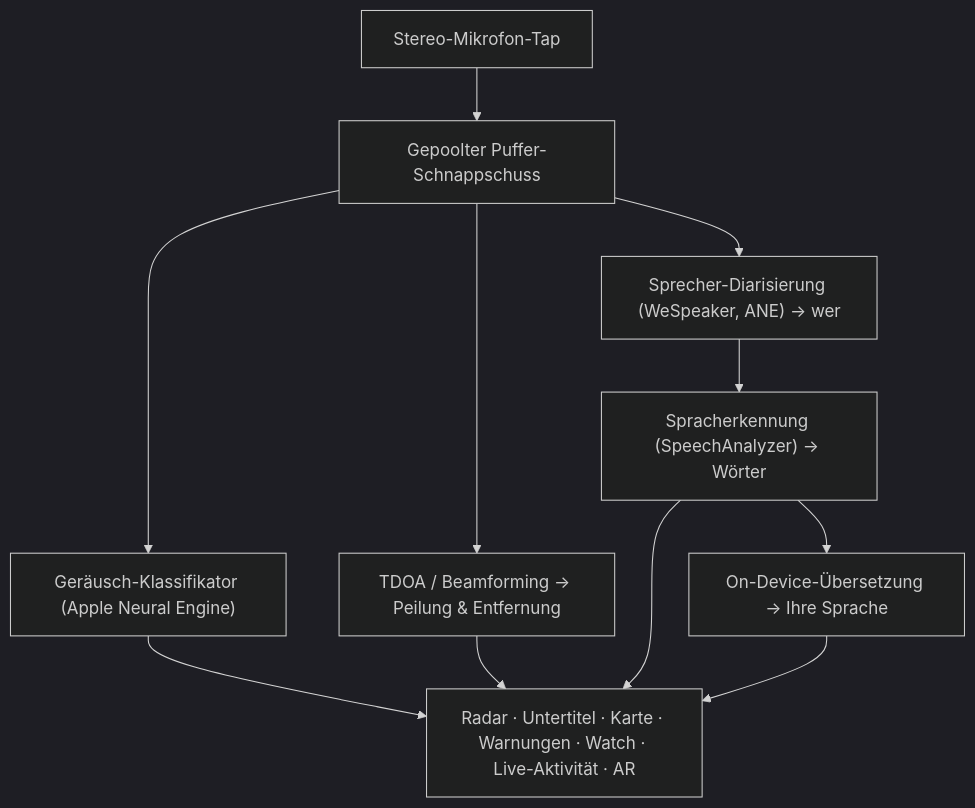
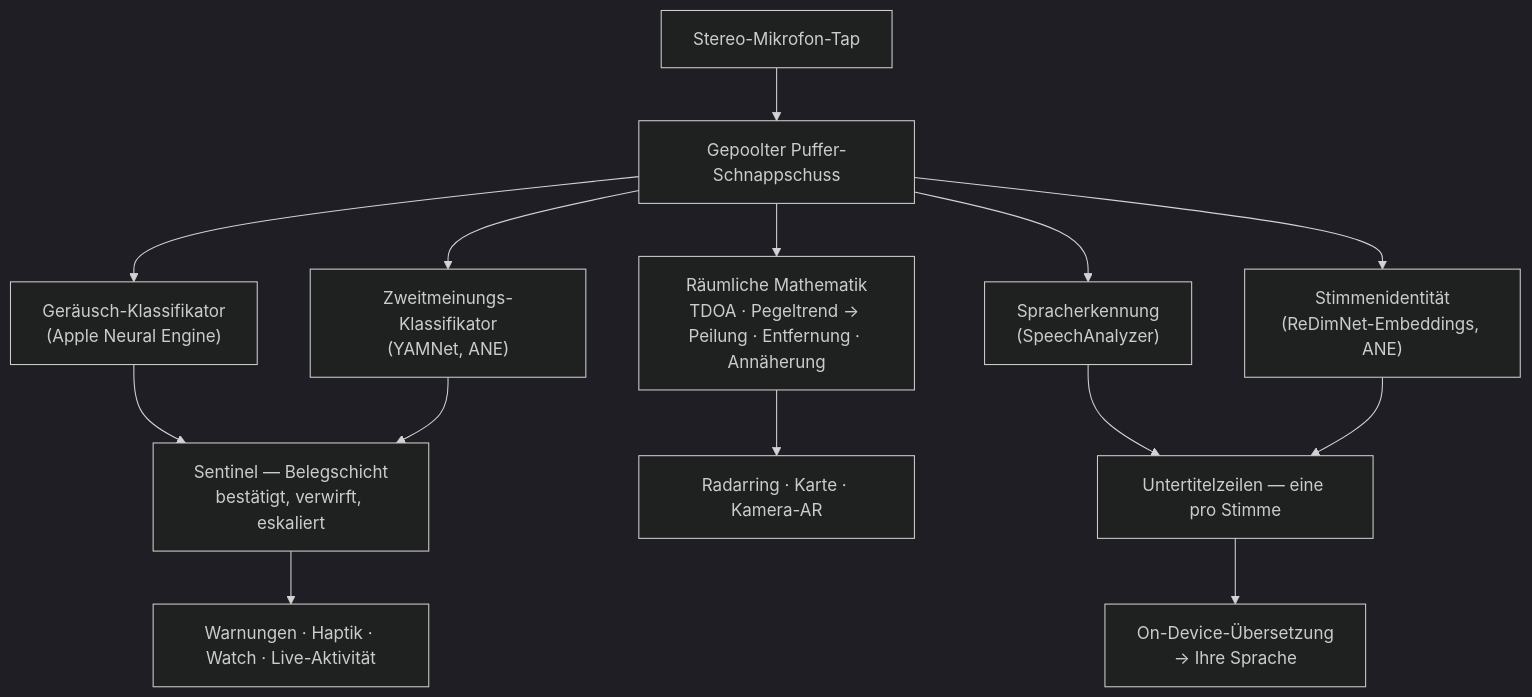
Before and after one commit to rpalm01-star/VigilantEarLegal: the second of 4 diagrams in README_de.md, drawn with Mermaid (dark theme). The commit also changed other lines of this file and 11 other files, not shown here.

````diff
--- a/README_de.md
+++ b/README_de.md
@@ -113,10 +124,16 @@
 ```mermaid
 graph TD
     A["Stereo-Mikrofon-Tap"] --> B["Gepoolter Puffer-Schnappschuss"]
-    B --> C["Geräusch-Klassifikator (Apple Neural Engine)"]
-    B --> D["TDOA / Beamforming → Peilung & Entfernung"]
-    B --> E["Sprecher-Diarisierung (WeSpeaker, ANE) → wer"]
-    E --> F["Spracherkennung (SpeechAnalyzer) → Wörter"]
-    F --> G["On-Device-Übersetzung → Ihre Sprache"]
-    C & D & F & G --> H["Radar · Untertitel · Karte · Warnungen · Watch · Live-Aktivität · AR"]
+    B --> C["Geräusch-Klassifikator<br/>(Apple Neural Engine)"]
+    B --> Y["Zweitmeinungs-Klassifikator<br/>(YAMNet, ANE)"]
+    C --> S["Sentinel — Belegschicht<br/>bestätigt, verwirft, eskaliert"]
+    Y --> S
+    S --> H["Warnungen · Haptik · Watch · Live-Aktivität"]
+    B --> D["Räumliche Mathematik<br/>TDOA · Pegeltrend → Peilung · Entfernung · Annäherung"]
+    D --> R["Radarring · Karte · Kamera-AR"]
+    B --> F["Spracherkennung<br/>(SpeechAnalyzer)"]
+    B --> E["Stimmenidentität<br/>(ReDimNet-Embeddings, ANE)"]
+    F --> G["Untertitelzeilen — eine pro Stimme"]
+    E --> G
+    G --> T["On-Device-Übersetzung<br/>→ Ihre Sprache"]
 ```
````
